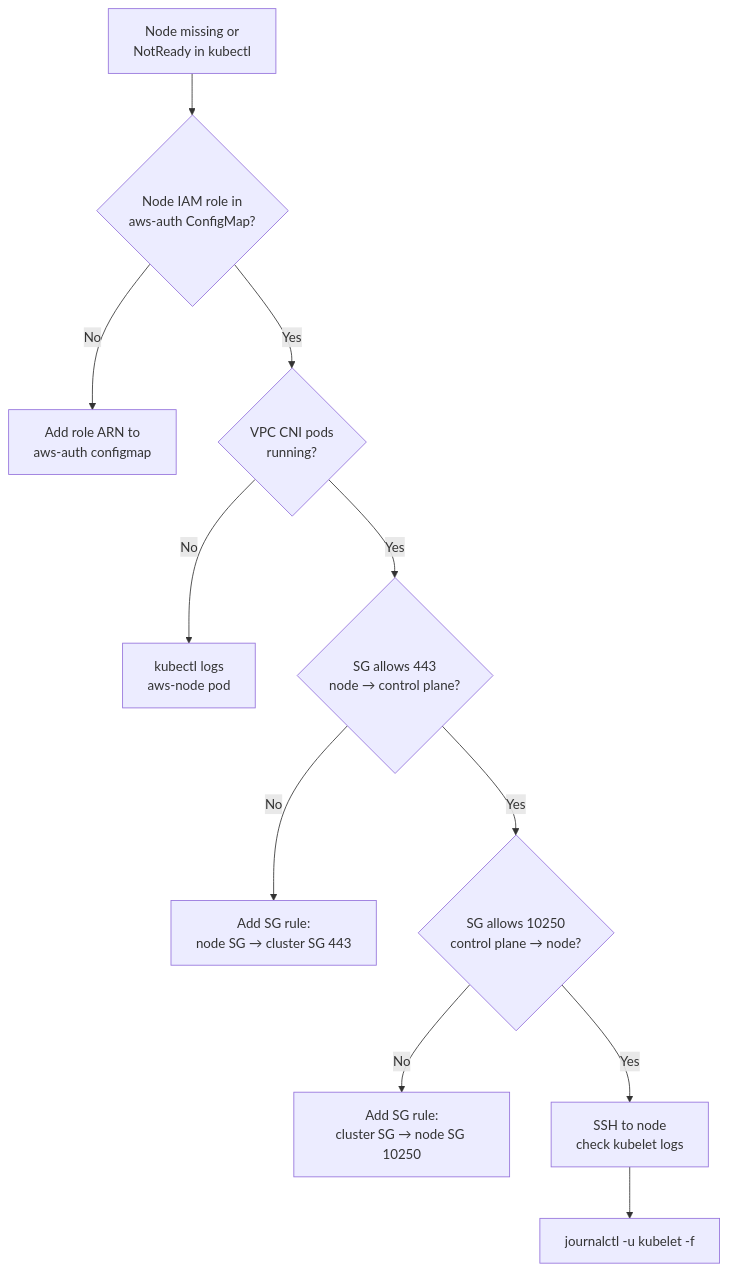
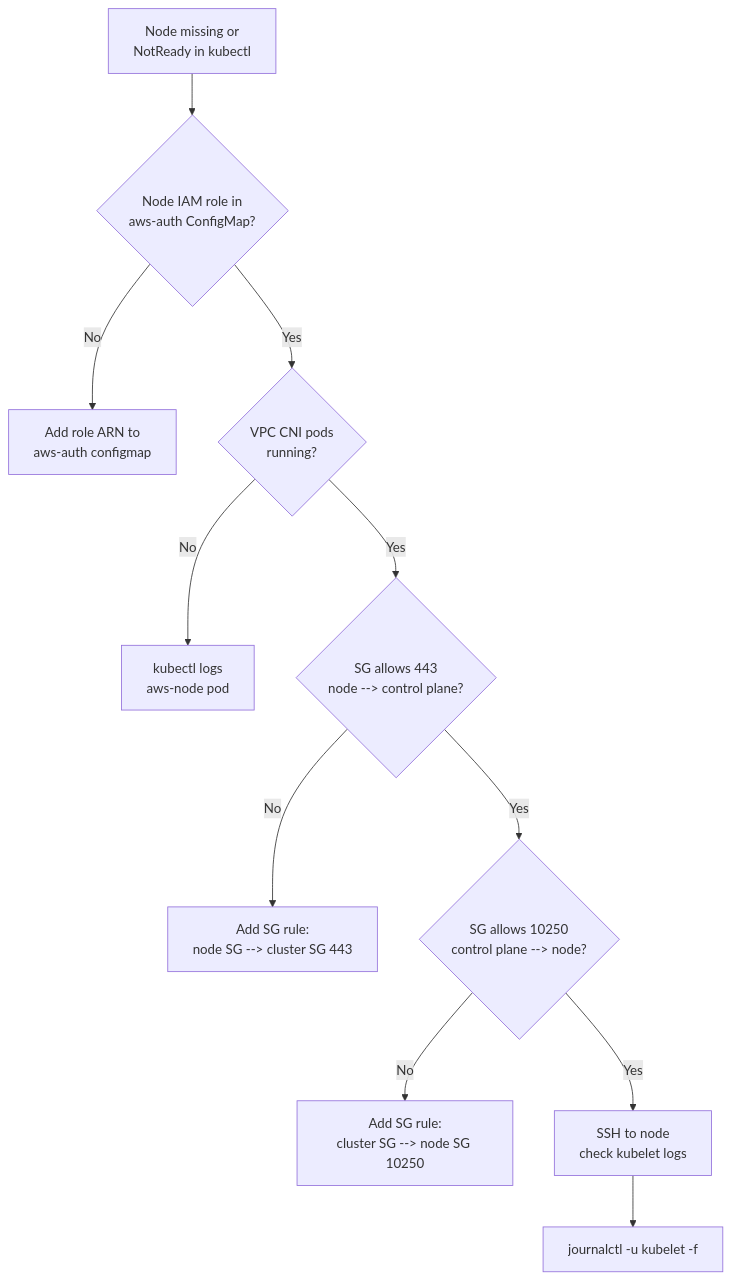
Before and after one commit to deepanshu-rawat6/tour-of-go: the ninth of 10 diagrams in devops/sre/aws-scenarios.md, drawn with Mermaid. The commit also changed other lines of this file and 25 other files, not shown here.

````diff
--- a/devops/sre/aws-scenarios.md
+++ b/devops/sre/aws-scenarios.md
@@ -423,13 +423,13 @@
 ```mermaid
 flowchart TD
     A[Node missing or<br/>NotReady in kubectl] --> B{Node IAM role in<br/>aws-auth ConfigMap?}
     B -- No --> B1[Add role ARN to<br/>aws-auth configmap]
     B -- Yes --> C{VPC CNI pods<br/>running?}
     C -- No --> C1[kubectl logs<br/>aws-node pod]
-    C -- Yes --> D{SG allows 443<br/>node → control plane?}
-    D -- No --> D1[Add SG rule:<br/>node SG → cluster SG 443]
-    D -- Yes --> E{SG allows 10250<br/>control plane → node?}
-    E -- No --> E1[Add SG rule:<br/>cluster SG → node SG 10250]
+    C -- Yes --> D{SG allows 443<br/>node --> control plane?}
+    D -- No --> D1[Add SG rule:<br/>node SG --> cluster SG 443]
+    D -- Yes --> E{SG allows 10250<br/>control plane --> node?}
+    E -- No --> E1[Add SG rule:<br/>cluster SG --> node SG 10250]
     E -- Yes --> F[SSH to node<br/>check kubelet logs]
     F --> G[journalctl -u kubelet -f]
 ```
````
